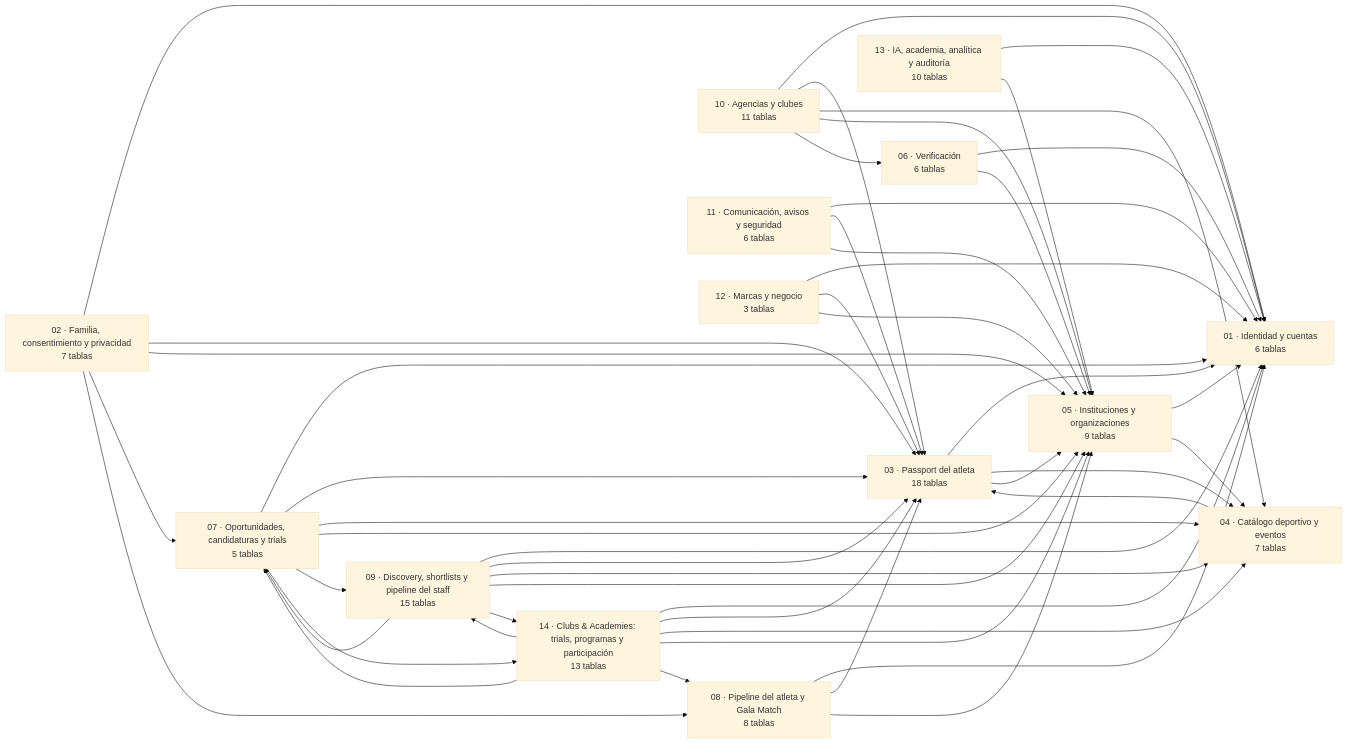
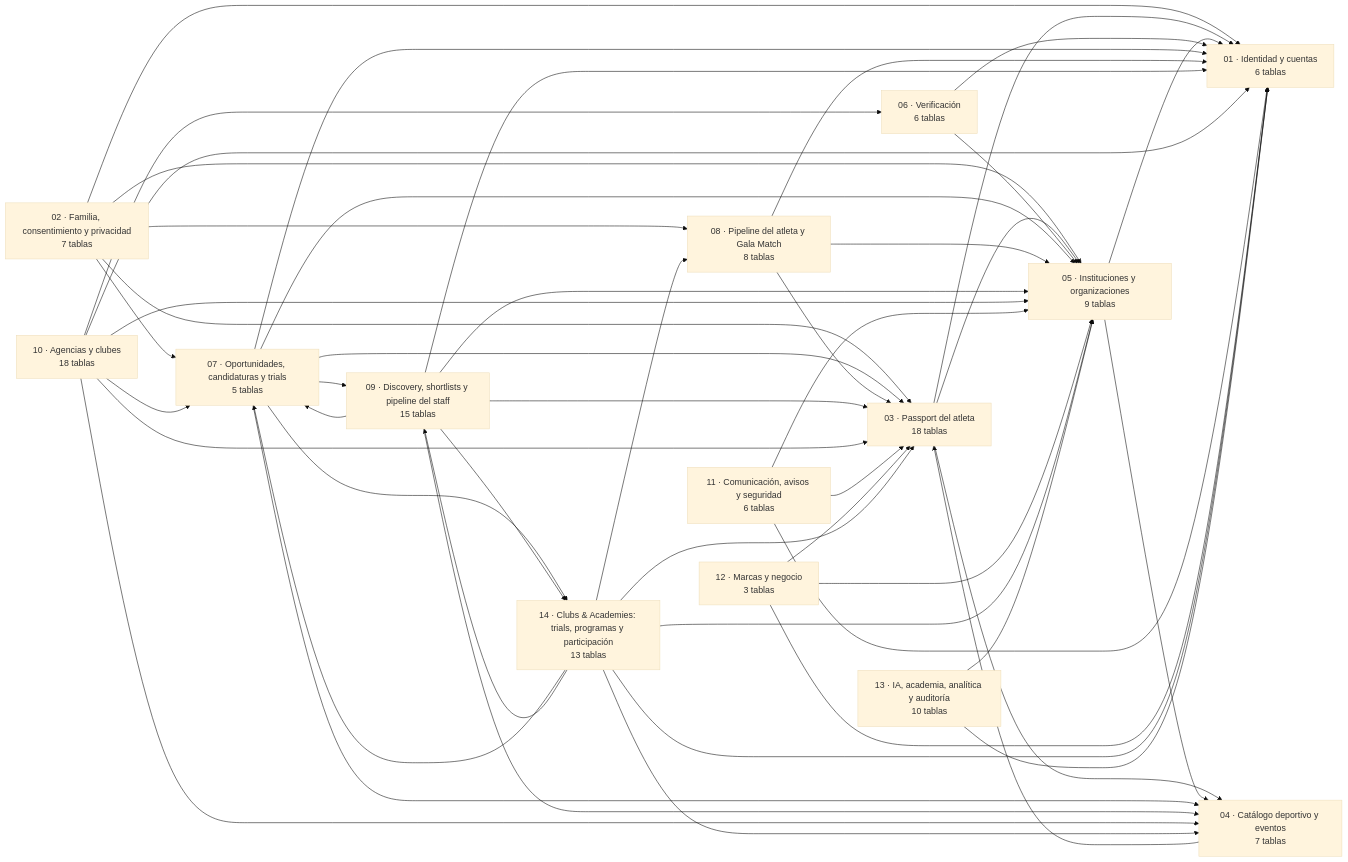
The first of 2 diagrams in docs/erd/00-MASTER.md (Galacamarena9/THE-GALA-ALLIANCE), drawn with Mermaid (base theme) before and after one commit. The commit also changed other lines of this file and 14 other files, not shown here.

````diff
--- a/docs/erd/00-MASTER.md
+++ b/docs/erd/00-MASTER.md
@@ -13,65 +13,66 @@
 ```mermaid
 flowchart LR
   D01["01 · Identidad y cuentas<br>6 tablas"]
   D02["02 · Familia, consentimiento y privacidad<br>7 tablas"]
   D03["03 · Passport del atleta<br>18 tablas"]
   D04["04 · Catálogo deportivo y eventos<br>7 tablas"]
   D05["05 · Instituciones y organizaciones<br>9 tablas"]
   D06["06 · Verificación<br>6 tablas"]
   D07["07 · Oportunidades, candidaturas y trials<br>5 tablas"]
   D08["08 · Pipeline del atleta y Gala Match<br>8 tablas"]
   D09["09 · Discovery, shortlists y pipeline del staff<br>15 tablas"]
-  D10["10 · Agencias y clubes<br>11 tablas"]
+  D10["10 · Agencias y clubes<br>18 tablas"]
   D11["11 · Comunicación, avisos y seguridad<br>6 tablas"]
   D12["12 · Marcas y negocio<br>3 tablas"]
   D13["13 · IA, academia, analítica y auditoría<br>10 tablas"]
   D14["14 · Clubs & Academies: trials, programas y participación<br>13 tablas"]
   D02 --> D01
   D02 --> D03
   D02 --> D05
   D02 --> D07
   D02 --> D08
   D03 --> D01
   D03 --> D04
   D03 --> D05
   D04 --> D03
   D05 --> D01
   D05 --> D04
   D06 --> D01
   D06 --> D05
   D07 --> D01
   D07 --> D03
   D07 --> D04
   D07 --> D05
   D07 --> D09
   D07 --> D14
   D08 --> D01
   D08 --> D03
   D08 --> D05
   D09 --> D01
   D09 --> D03
   D09 --> D04
   D09 --> D05
   D09 --> D07
   D09 --> D14
   D10 --> D01
   D10 --> D03
   D10 --> D04
   D10 --> D05
   D10 --> D06
+  D10 --> D07
   D11 --> D01
   D11 --> D03
   D11 --> D05
   D12 --> D01
   D12 --> D03
   D12 --> D05
   D14 --> D01
   D14 --> D03
   D14 --> D04
   D14 --> D05
   D14 --> D07
   D14 --> D08
   D14 --> D09
   D13 --> D01
   D13 --> D05
 ```
````
